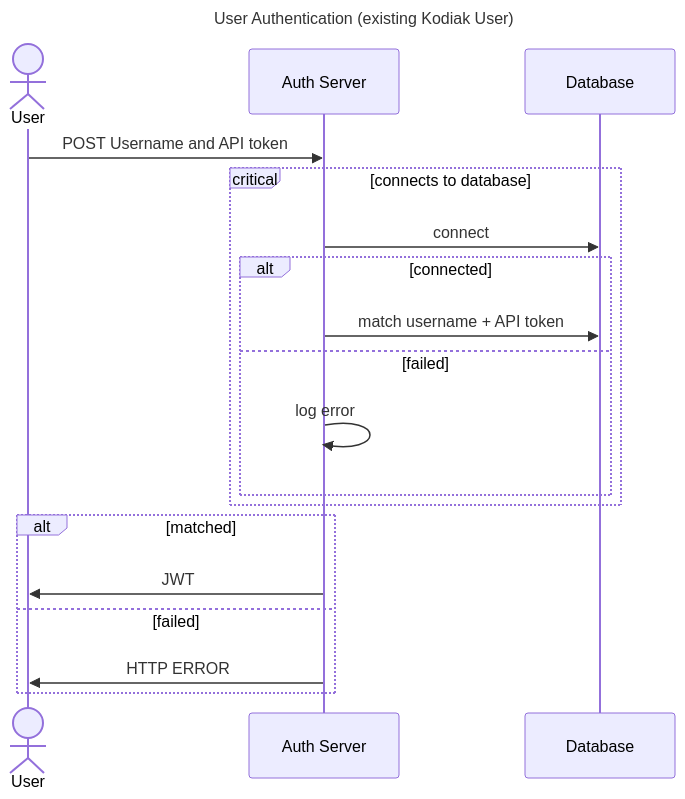
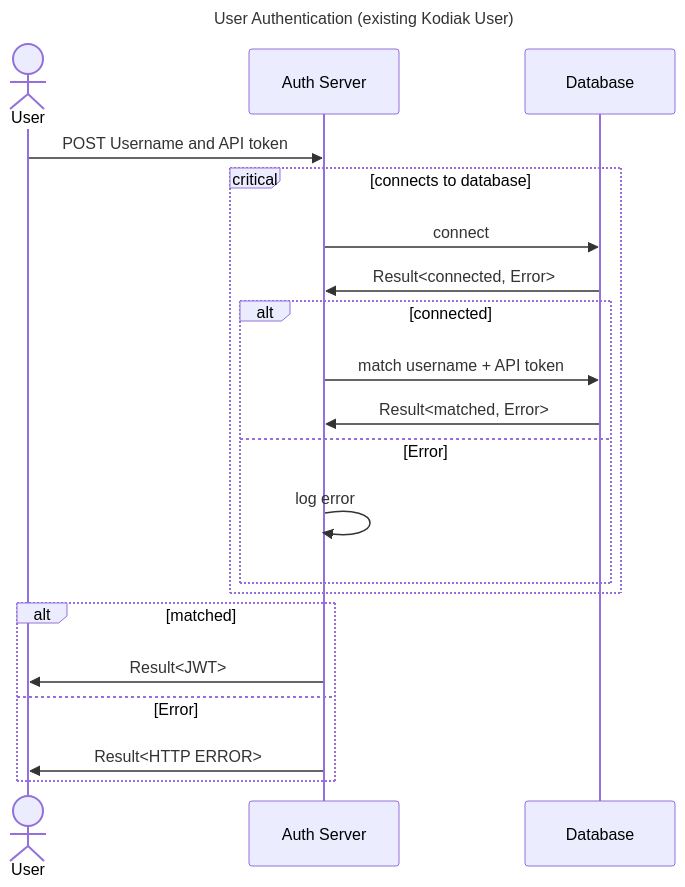
Before and after one commit to polarlabs/kodiak-diagrams: the diagram in auth-server/USER-AUTHENTICATION-SEQUENCE.md, drawn with Mermaid.

Commit message:
mod: clarify communication between actor and participants.

````diff
--- a/auth-server/USER-AUTHENTICATION-SEQUENCE.md
+++ b/auth-server/USER-AUTHENTICATION-SEQUENCE.md
@@ -3,23 +3,25 @@
 ```mermaid
 ---
 title: User Authentication (existing Kodiak User)
 ---
 sequenceDiagram
     actor       U as User
     participant S as Auth Server
     participant D as Database
     U ->> S: POST Username and API token
     critical connects to database
         S ->>  D: connect
+        D ->>  S: Result<connected, Error>
         alt connected
            S ->>  D: match username + API token
-        else failed
+           D ->>  S: Result<matched, Error>
+        else Error
            S ->>  S: log error
         end
     end
     alt matched
-        S ->> U: JWT
-    else failed
-        S ->> U: HTTP ERROR
+        S ->> U: Result<JWT>
+    else Error
+        S ->> U: Result<HTTP ERROR>
     end
 ```
````
